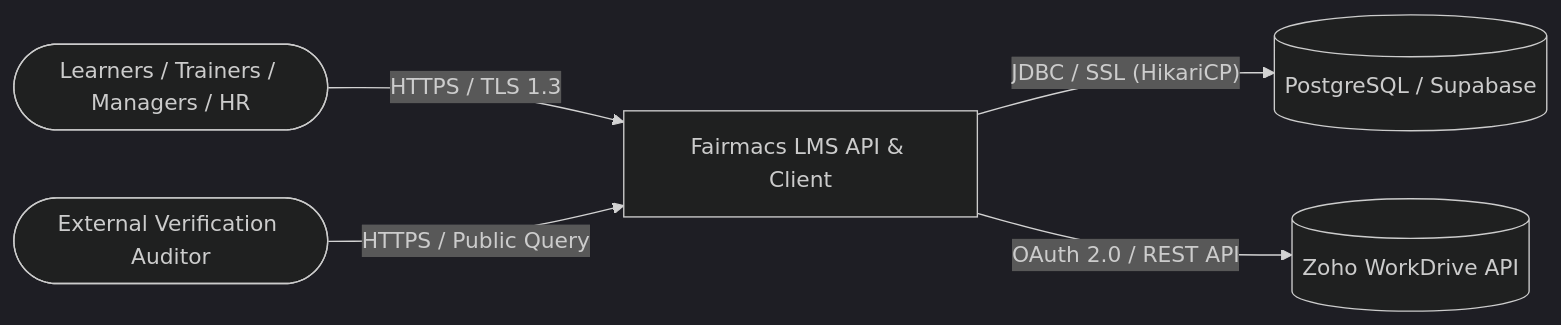
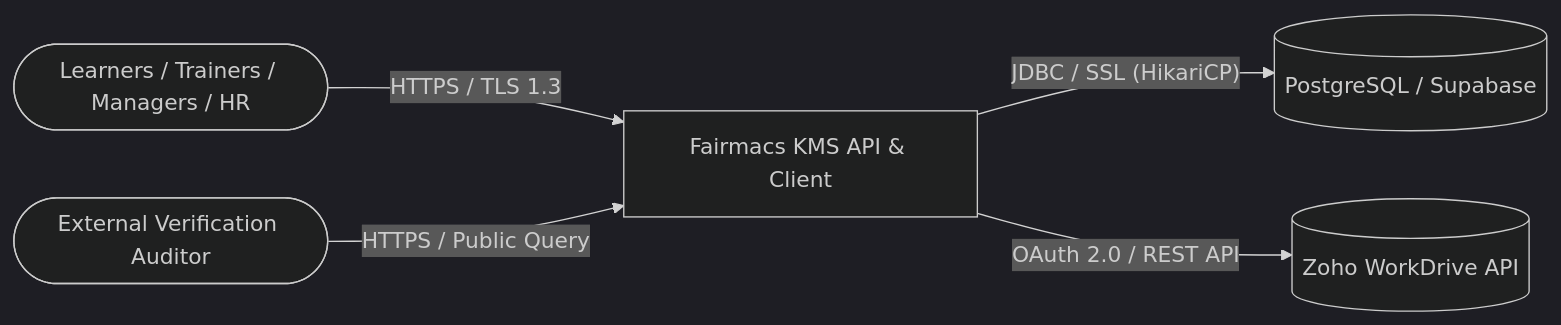
The first of 2 diagrams in Threat_model.md (Fairmacs-Learning-Academy-2026/Fairmacs), drawn with Mermaid (dark theme) before and after one commit. The commit also changed other lines of this file and 29 other files, not shown here.

Commit message:
Update system naming: LMS to KMS and Learning Management System to Knowledge Management System

````diff
--- a/Threat_model.md
+++ b/Threat_model.md
@@ -44,7 +44,7 @@
 ```mermaid
 flowchart LR
-    User([Learners / Trainers / Managers / HR]) -- "HTTPS / TLS 1.3" --> LMS[Fairmacs LMS API & Client]
-    Public([External Verification Auditor]) -- "HTTPS / Public Query" --> LMS
-    LMS -- "JDBC / SSL (HikariCP)" --> DB[(PostgreSQL / Supabase)]
-    LMS -- "OAuth 2.0 / REST API" --> Zoho[(Zoho WorkDrive API)]
+    User([Learners / Trainers / Managers / HR]) -- "HTTPS / TLS 1.3" --> KMS[Fairmacs KMS API & Client]
+    Public([External Verification Auditor]) -- "HTTPS / Public Query" --> KMS
+    KMS -- "JDBC / SSL (HikariCP)" --> DB[(PostgreSQL / Supabase)]
+    KMS -- "OAuth 2.0 / REST API" --> Zoho[(Zoho WorkDrive API)]
 ```
````
